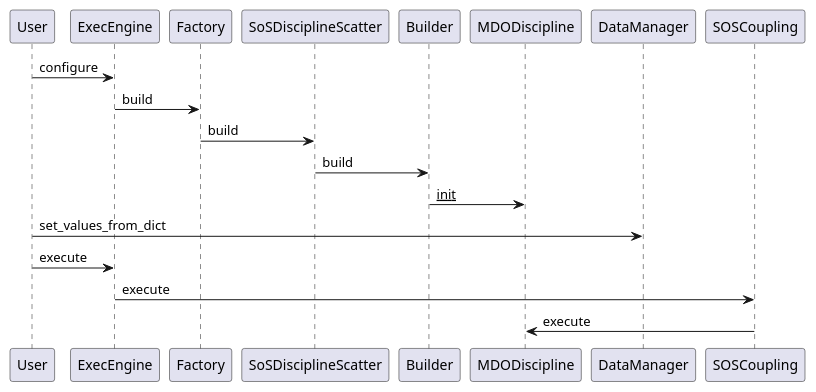
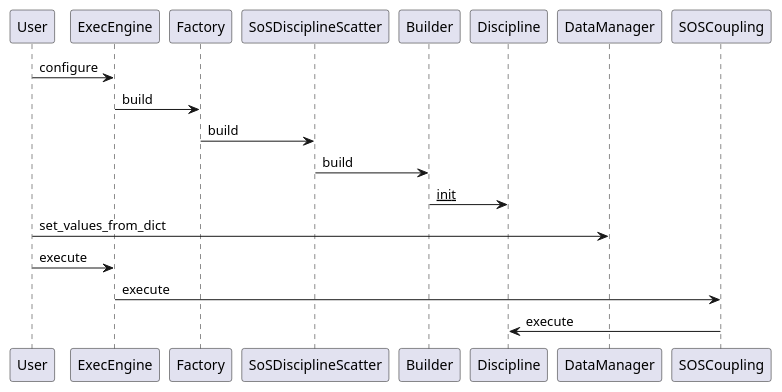
The diagram in sostrades_core/tools/refactoring/eev4/current/sequence_sos_build.puml (os-climate/sostrades-core), drawn with PlantUML before and after one commit. The commit also changed 63 other files, not shown here.

Commit message:
Rename mdodiscipline into discipline for all files + fix some refacto not handled by bump-gemseo

```diff
--- a/sostrades_core/tools/refactoring/eev4/current/sequence_sos_build.puml
+++ b/sostrades_core/tools/refactoring/eev4/current/sequence_sos_build.puml
@@ -1,13 +1,13 @@
 @startuml
 User -> ExecEngine: configure
 ExecEngine -> Factory: build
 
 Factory -> SoSDisciplineScatter: build
 SoSDisciplineScatter -> Builder: build
-Builder -> MDODiscipline: __init__
+Builder -> Discipline: __init__
 
 User -> DataManager: set_values_from_dict
 User -> ExecEngine : execute
 ExecEngine -> SOSCoupling: execute
-SOSCoupling -> MDODiscipline: execute
+SOSCoupling -> Discipline: execute
 @enduml
```
